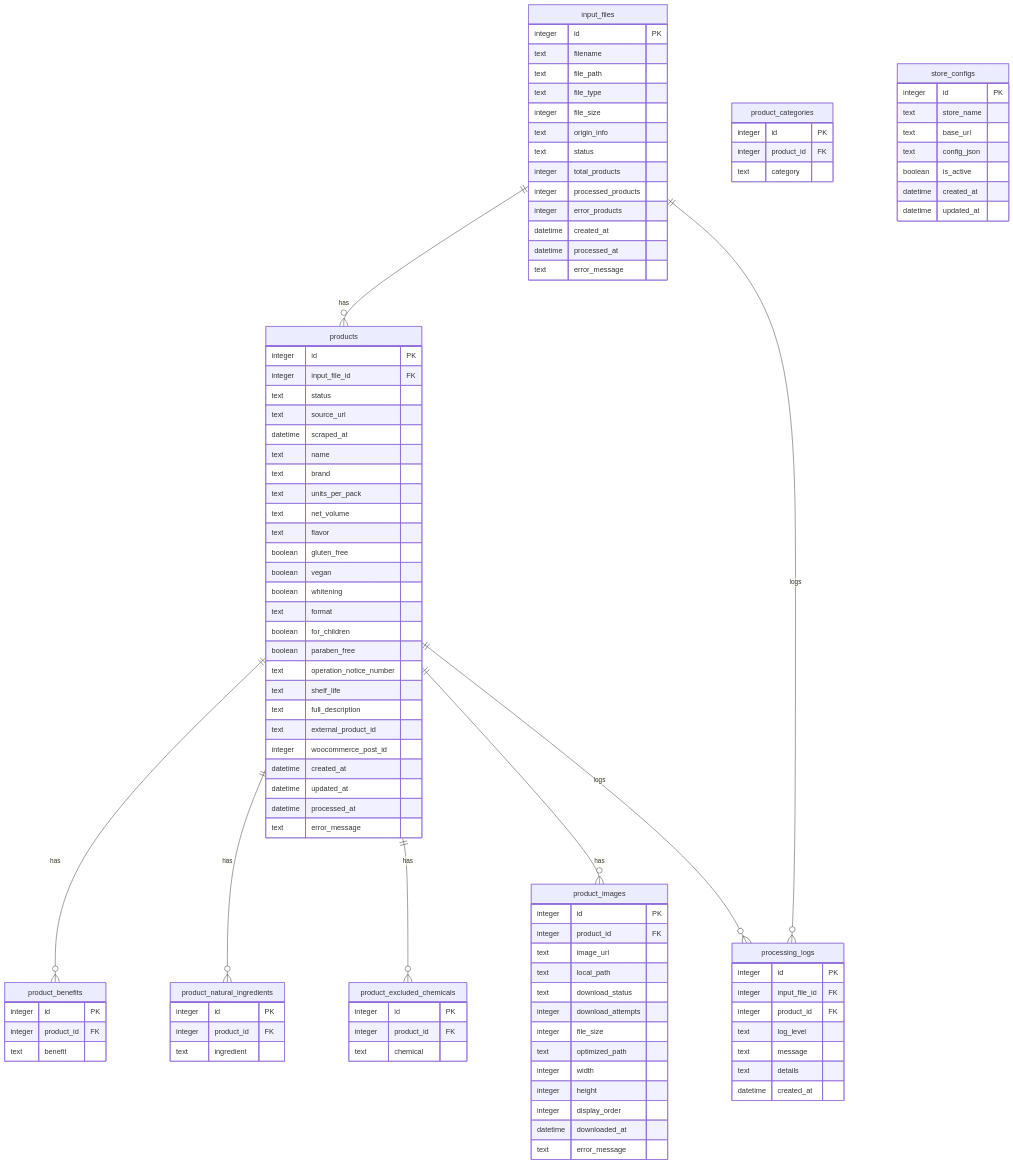
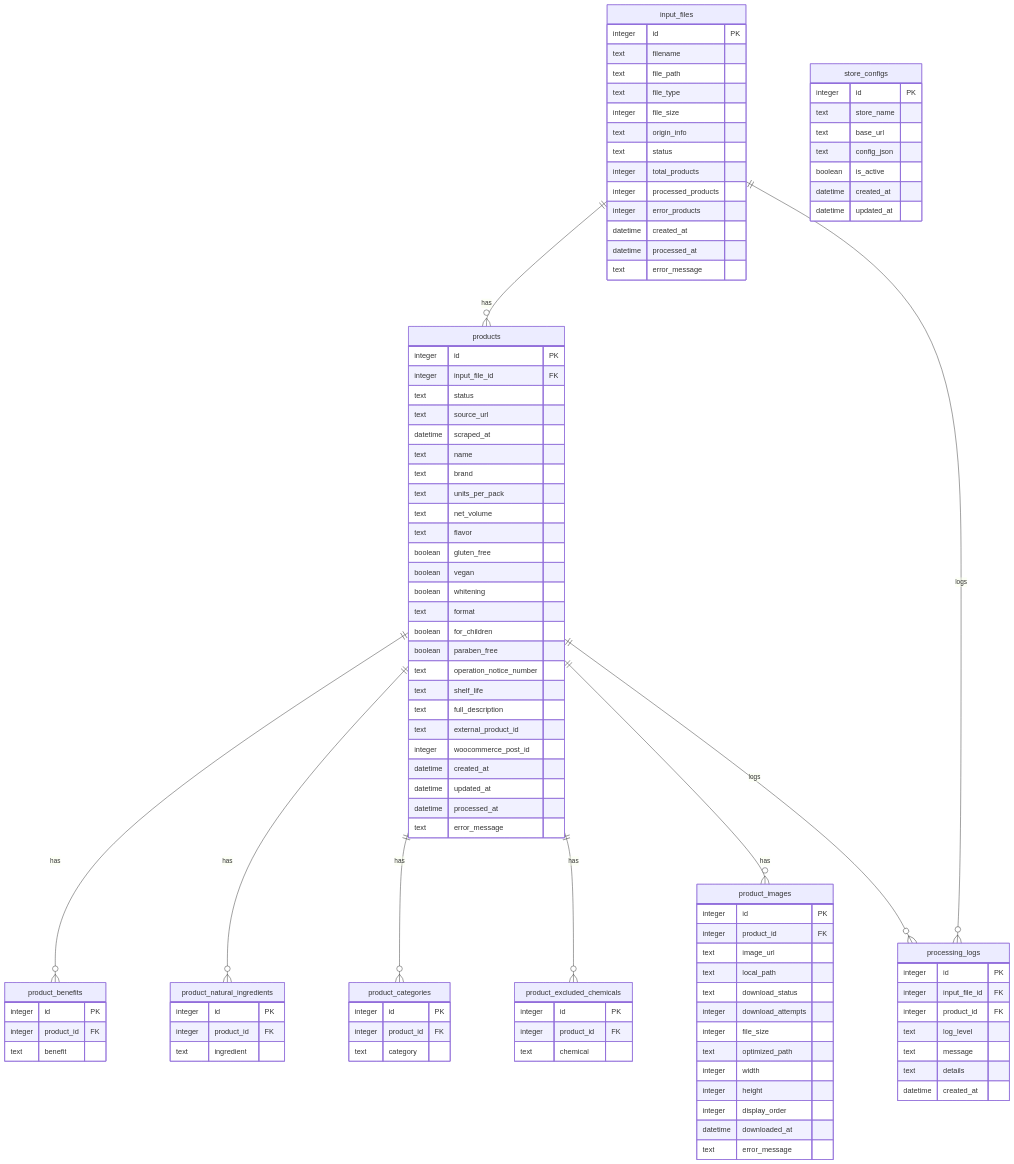
Before and after one commit to vladimir1284/WooImporter: the diagram in src/models/README.md, drawn with Mermaid.

Commit message:
Fix relationship with product categories

```diff
--- a/src/models/README.md
+++ b/src/models/README.md
@@ -108,6 +108,7 @@
     input_files ||--o{ processing_logs : "logs"
     products ||--o{ product_benefits : "has"
     products ||--o{ product_natural_ingredients : "has"
+    products ||--o{ product_categories : "has"
     products ||--o{ product_excluded_chemicals : "has"
     products ||--o{ product_images : "has"
     products ||--o{ processing_logs : "logs"
```
